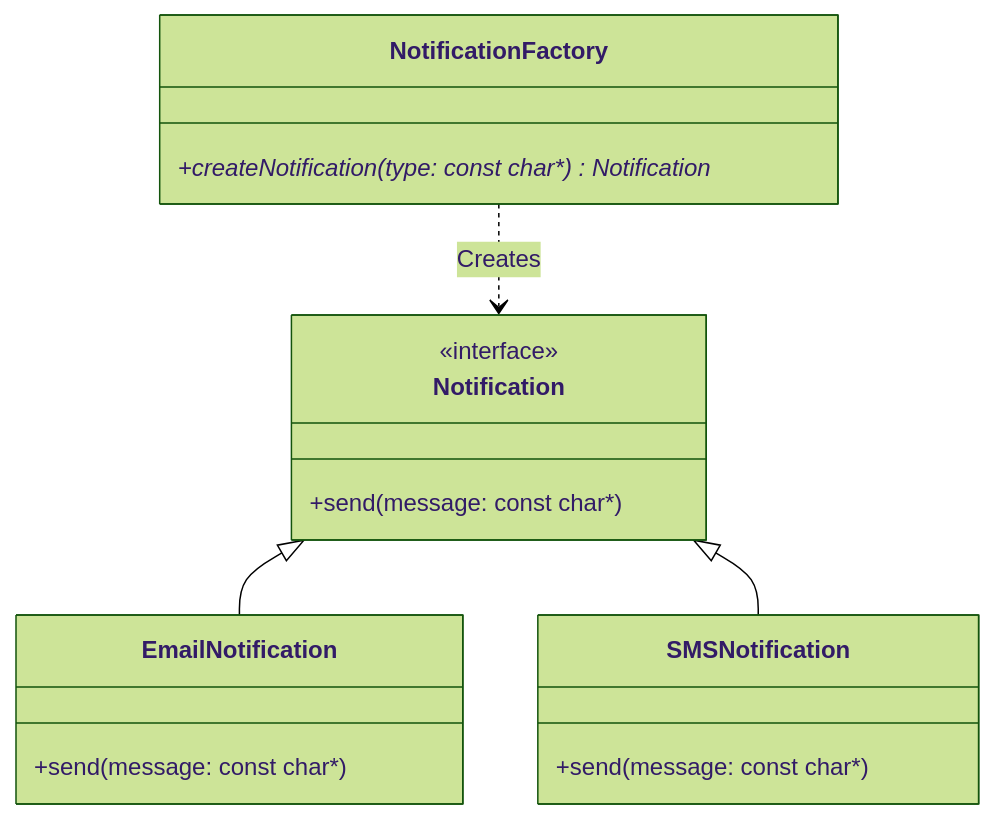
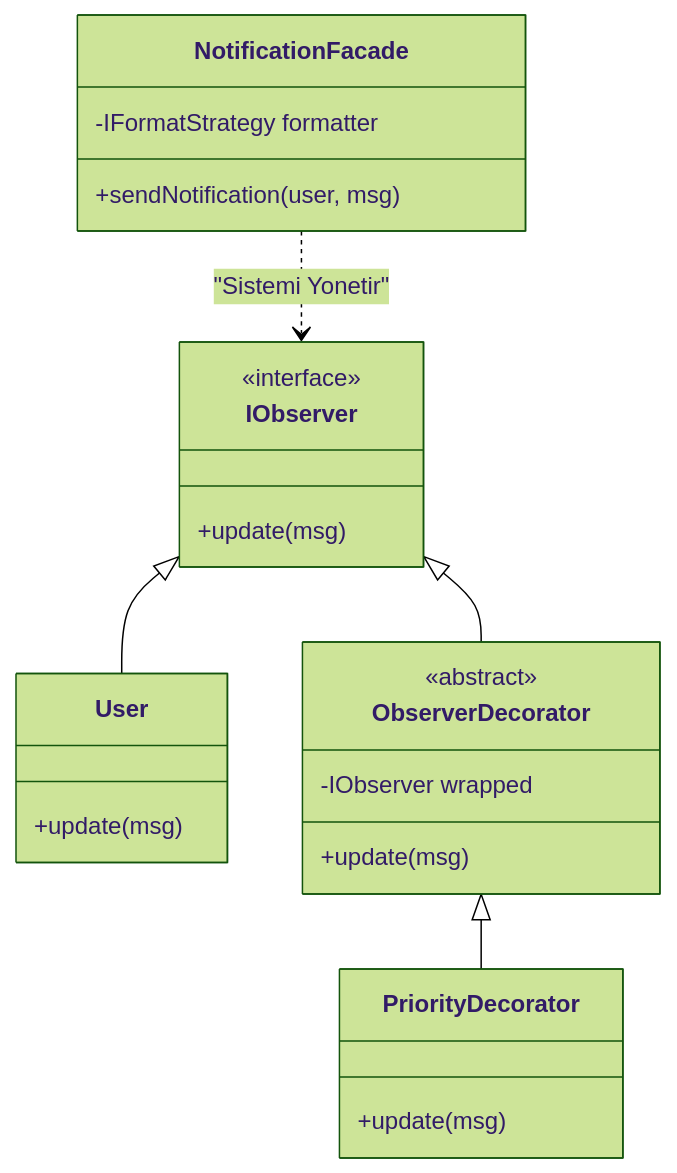
One commit to lamaralhomsi/YazilimTasarimOruntuleri-Odev changed the diagram in docs/docs/diagrams/README.md. Above: the diagram before and after it, drawn with Mermaid (forest theme).

````diff
--- a/docs/docs/diagrams/README.md
+++ b/docs/docs/diagrams/README.md
@@ -9,20 +9,27 @@
 ```mermaid
 classDiagram
-    class Notification {
+    class IObserver {
         <<interface>>
-        +send(message: const char*)
+        +update(msg)
     }
-    class EmailNotification {
-        +send(message: const char*)
+    class User {
+        +update(msg)
     }
-    class SMSNotification {
-        +send(message: const char*)
+    class ObserverDecorator {
+        <<abstract>>
+        -IObserver wrapped
+        +update(msg)
     }
-    class NotificationFactory {
-        +createNotification(type: const char*) Notification*
+    class PriorityDecorator {
+        +update(msg)
     }
-    
-    Notification <|-- EmailNotification
-    Notification <|-- SMSNotification
-    NotificationFactory ..> Notification : Creates
+    class NotificationFacade {
+        -IFormatStrategy formatter
+        +sendNotification(user, msg)
+    }
+
+    IObserver <|-- User
+    IObserver <|-- ObserverDecorator
+    ObserverDecorator <|-- PriorityDecorator
+    NotificationFacade ..> IObserver : "Sistemi Yonetir"
 ```
````
